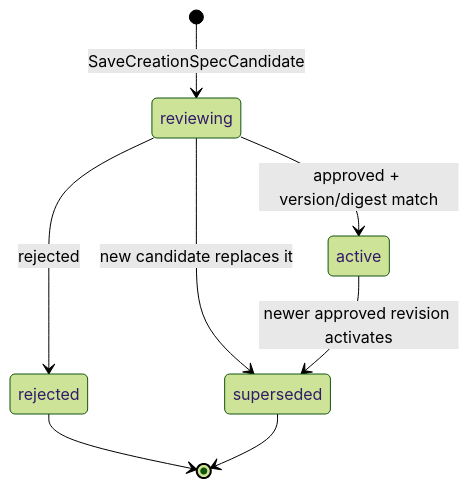
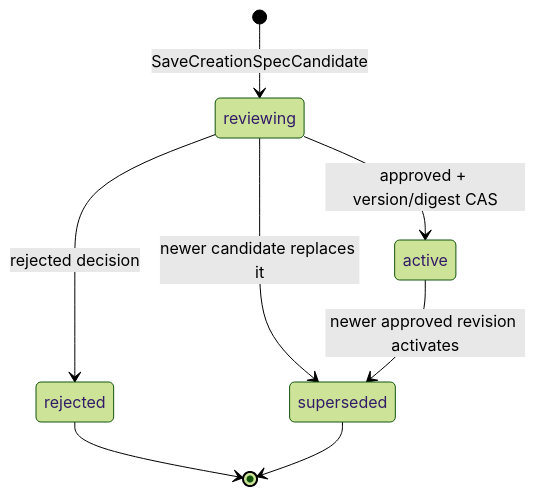
Before and after one commit to FigoGoo/Dora-Agent: the fourth of 4 diagrams in docs/design/agent/graphtool/plan_creation_spec-design.md, drawn with Mermaid (forest theme). The commit also changed other lines of this file and 6 other files, not shown here.

````diff
--- a/docs/design/agent/graphtool/plan_creation_spec-design.md
+++ b/docs/design/agent/graphtool/plan_creation_spec-design.md
@@ -162,10 +427,10 @@
 ```mermaid
 stateDiagram-v2
     [*] --> reviewing: SaveCreationSpecCandidate
-    reviewing --> active: approved + version/digest match
-    reviewing --> rejected: rejected
-    reviewing --> superseded: new candidate replaces it
+    reviewing --> active: approved + version/digest CAS
+    reviewing --> rejected: rejected decision
+    reviewing --> superseded: newer candidate replaces it
     active --> superseded: newer approved revision activates
     rejected --> [*]
     superseded --> [*]
 ```
````
